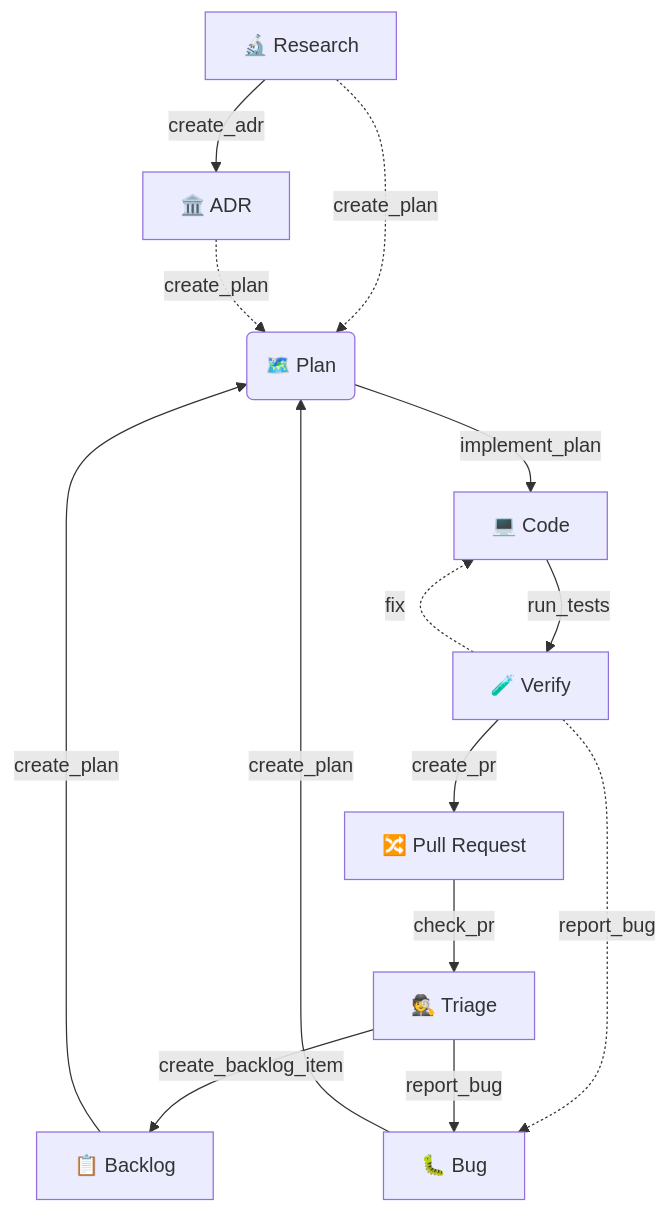
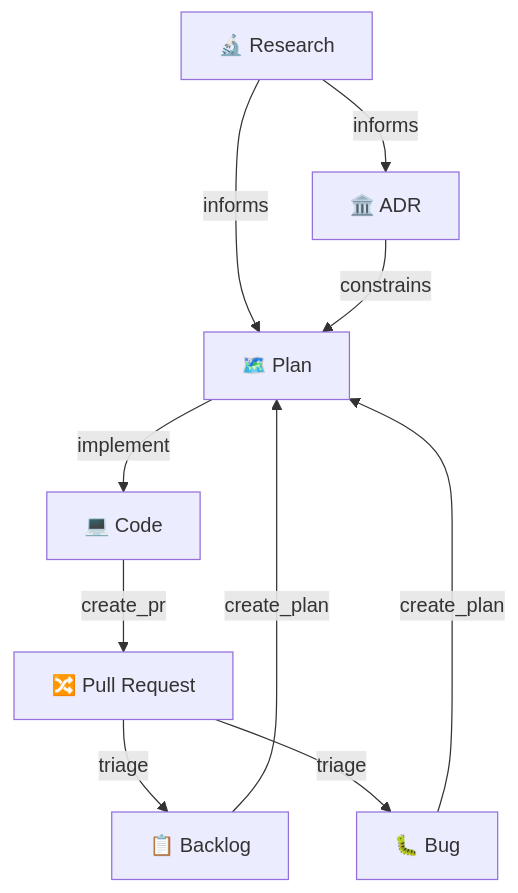
The diagram in README.md (NunoMoura/dev_ops), drawn with Mermaid before and after one commit. The commit also changed other lines of this file and 55 other files, not shown here.

````diff
--- a/README.md
+++ b/README.md
@@ -32,26 +36,30 @@
 ```mermaid
 flowchart TD
-    %% Central Hub
-    Plan("🗺️ Plan")
+    %% Document Artifacts
+    Research["🔬 Research"]
+    ADR["🏛️ ADR"]
+    Backlog["📋 Backlog"]
+    Bug["🐛 Bug"]
+    Plan["🗺️ Plan"]
+    Code["💻 Code"]
+    PR["🔀 Pull Request"]
 
-    %% Context & Strategy (Fluid Inputs)
-    Research["🔬 Research"] -.-> |create_plan| Plan
-    ADR["🏛️ ADR"] -.-> |create_plan| Plan
-    Research --> |create_adr| ADR
+    %% Research & Decision Flows
+    Research --> |informs| ADR
+    Research --> |informs| Plan
+    ADR --> |constrains| Plan
+    
+    %% Planning Flows
+    Backlog --> |create_plan| Plan
+    Bug --> |create_plan| Plan
 
-    %% Work inputs
-    Backlog["📋 Backlog"] --> |create_plan| Plan
-    Bug["🐛 Bug"] --> |create_plan| Plan
+    %% Execution Flows
+    Plan --> |implement| Code
 
-    %% Execution Output
-    Plan --> |implement_plan| Code["💻 Code"]
-    Code --> |run_tests| Verify["🧪 Verify"]
-    Verify --> |create_pr| PR["🔀 Pull Request"]
-    Verify -.-> |fix| Code
-    Verify -.-> |report_bug| Bug
-
-    %% Continuous Feedback
-    PR --> |check_pr| Triage["🕵️ Triage"]
-    Triage --> |create_backlog_item| Backlog
-    Triage --> |report_bug| Bug
+    %% Delivery Flows
+    Code --> |create_pr| PR
+    
+    %% Feedback Flows (PR comments become tracked items)
+    PR --> |triage| Backlog
+    PR --> |triage| Bug
 ```
````
